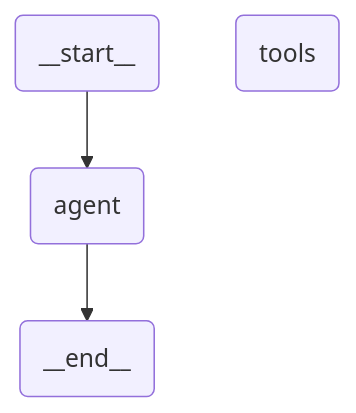
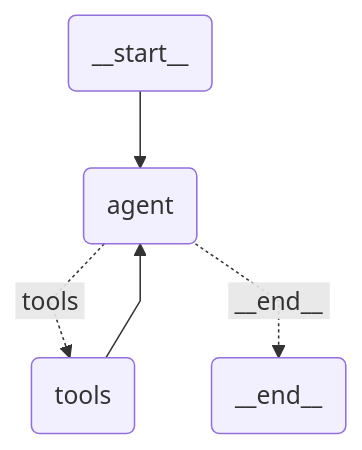
The diagram in lab064_Langgraph/README.md (kubiosec-agentic/agentic-labs), drawn with Mermaid before and after one commit. The commit also changed other lines of this file and 6 other files, not shown here.

Commit message:
refactor: Update conditional edges in workflow to include explicit path mapping for accurate diagram rendering

````diff
--- a/lab064_Langgraph/README.md
+++ b/lab064_Langgraph/README.md
@@ -58,17 +58,19 @@
 ```mermaid
 ---
 config:
   flowchart:
     curve: linear
 ---
 graph TD;
 	__start__(<p>__start__</p>)
 	agent(agent)
 	tools(tools)
 	__end__(<p>__end__</p>)
 	__start__ --> agent;
-	agent --> __end__;
+	agent -. &nbsp;tools&nbsp; .-> tools;
+	agent -. &nbsp;__end__&nbsp; .-> __end__;
+	tools --> agent;
 	classDef default fill:#f2f0ff,line-height:1.2
 	classDef first fill-opacity:0
 	classDef last fill:#bfb6fc
 ```
````
